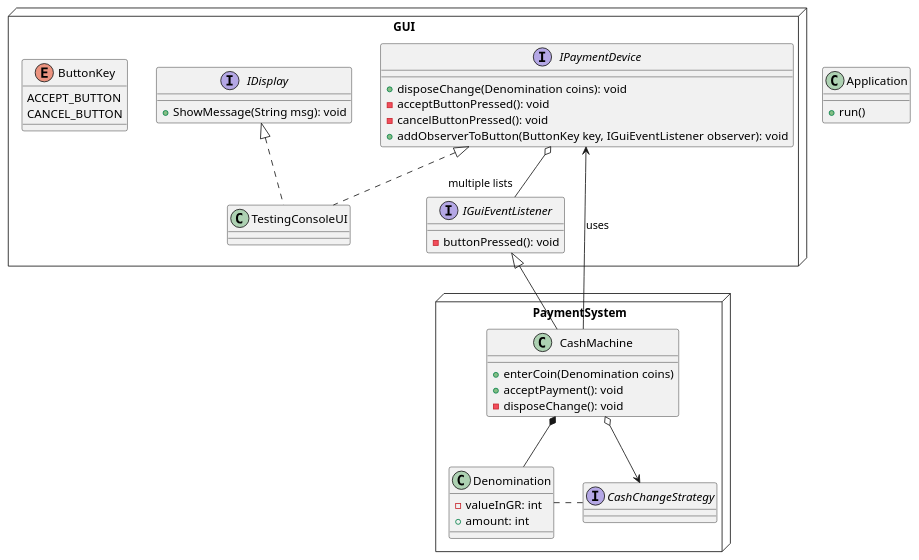
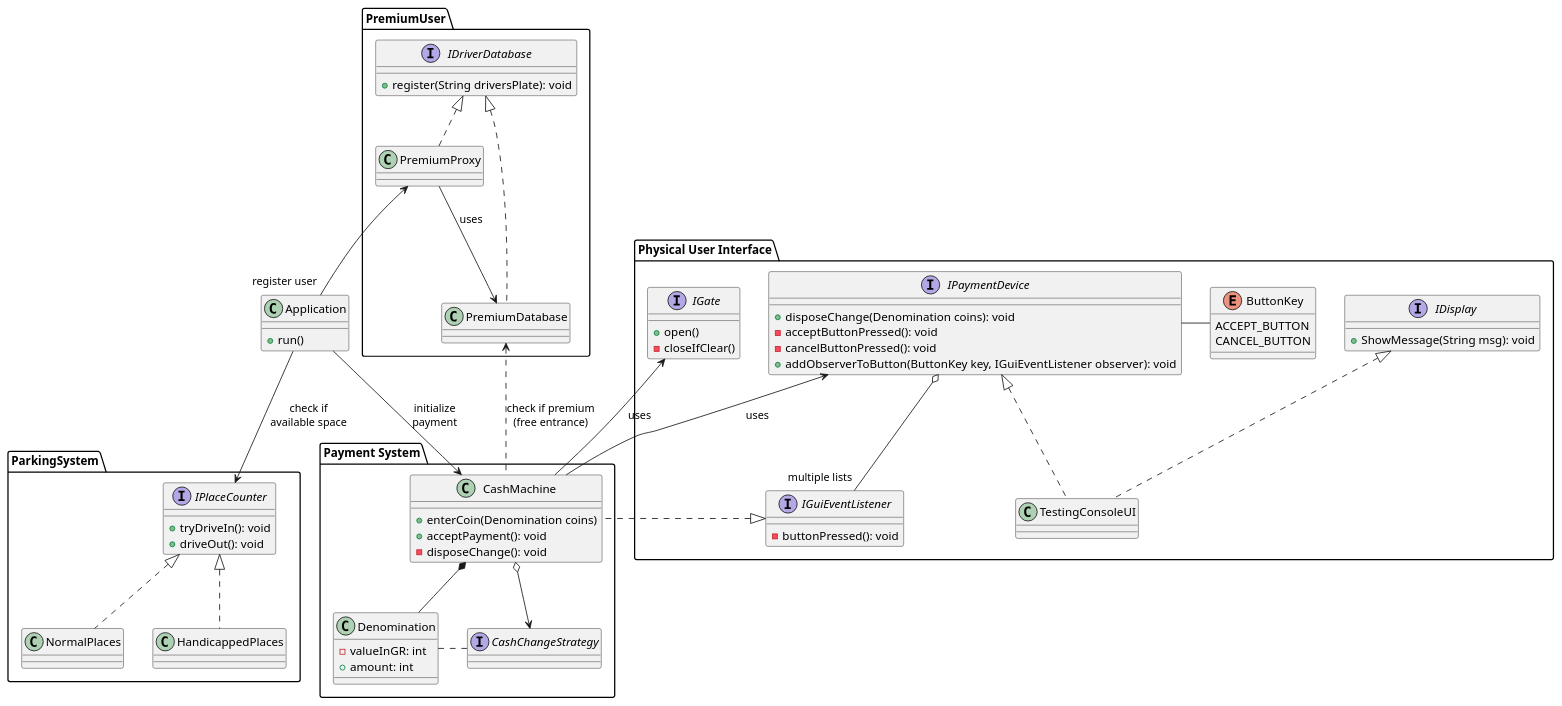
Before and after one commit to CKTA00/TO_proj: the diagram in uml/main_uml.puml, drawn with PlantUML.

Commit message:
UML: Added Premium User Database and Parking System with connection to other packages

```diff
--- a/uml/main_uml.puml
+++ b/uml/main_uml.puml
@@ -1,71 +1,112 @@
 @startuml
 
 class Application
 {
     +run()
 }
 
 
 
-node PaymentSystem{
+package "Payment System"{
    class CashMachine
    {
        +enterCoin(Denomination coins)
        +acceptPayment(): void
        -disposeChange(): void
    }
 
    class Denomination
    {
        -valueInGR: int
        +amount: int
    }
 
    interface CashChangeStrategy
    {
 
    }
 }
 
-node GUI{
+
+package "Physical User Interface"{
     interface IDisplay{
         +ShowMessage(String msg): void
     }
 
     interface IPaymentDevice{
         +disposeChange(Denomination coins): void
         -acceptButtonPressed(): void
         -cancelButtonPressed(): void
         +addObserverToButton(ButtonKey key, IGuiEventListener observer): void
     }
 
     enum ButtonKey{
         ACCEPT_BUTTON
         CANCEL_BUTTON
     }
 
+
     interface IGuiEventListener
     {
         -buttonPressed(): void
     }
     'note left: observer\npattern
 
     class TestingConsoleUI implements IDisplay,IPaymentDevice{
     }
+
+    interface IGate{
+            +open()
+            -closeIfClear()
+        }
 }
 
+package ParkingSystem{
+    interface IPlaceCounter{
+        +tryDriveIn(): void
+        +driveOut(): void
+    }
+
+    class NormalPlaces implements IPlaceCounter
+    class HandicappedPlaces implements IPlaceCounter
+    ' ? class PremiumPlaces implements IPlaceCounter
+}
+
+package PremiumUser{
+
+    interface IDriverDatabase
+    {
+        +register(String driversPlate): void
+    }
+    class PremiumProxy implements IDriverDatabase{
+
+    }
+    class PremiumDatabase implements IDriverDatabase{
+    }
 
 
+    PremiumProxy --> PremiumDatabase :uses
+}
+
+PremiumDatabase <.. CashMachine :check if premium\n(free entrance)
 
 
 
 
 CashMachine o--> CashChangeStrategy
 CashMachine *-- Denomination
 Denomination . CashChangeStrategy
 
-IGuiEventListener <|-- CashMachine
+IGate <-- CashMachine :uses
+IGuiEventListener <|.. CashMachine
 CashMachine --> IPaymentDevice :uses
+
 IPaymentDevice o--"multiple lists" IGuiEventListener
 
+Application --> CashMachine :initialize\npayment
+Application --> IPlaceCounter :check if\navailable space
+PremiumProxy <-- "register user" Application
+
+IPaymentDevice - ButtonKey
+
 @enduml
```
